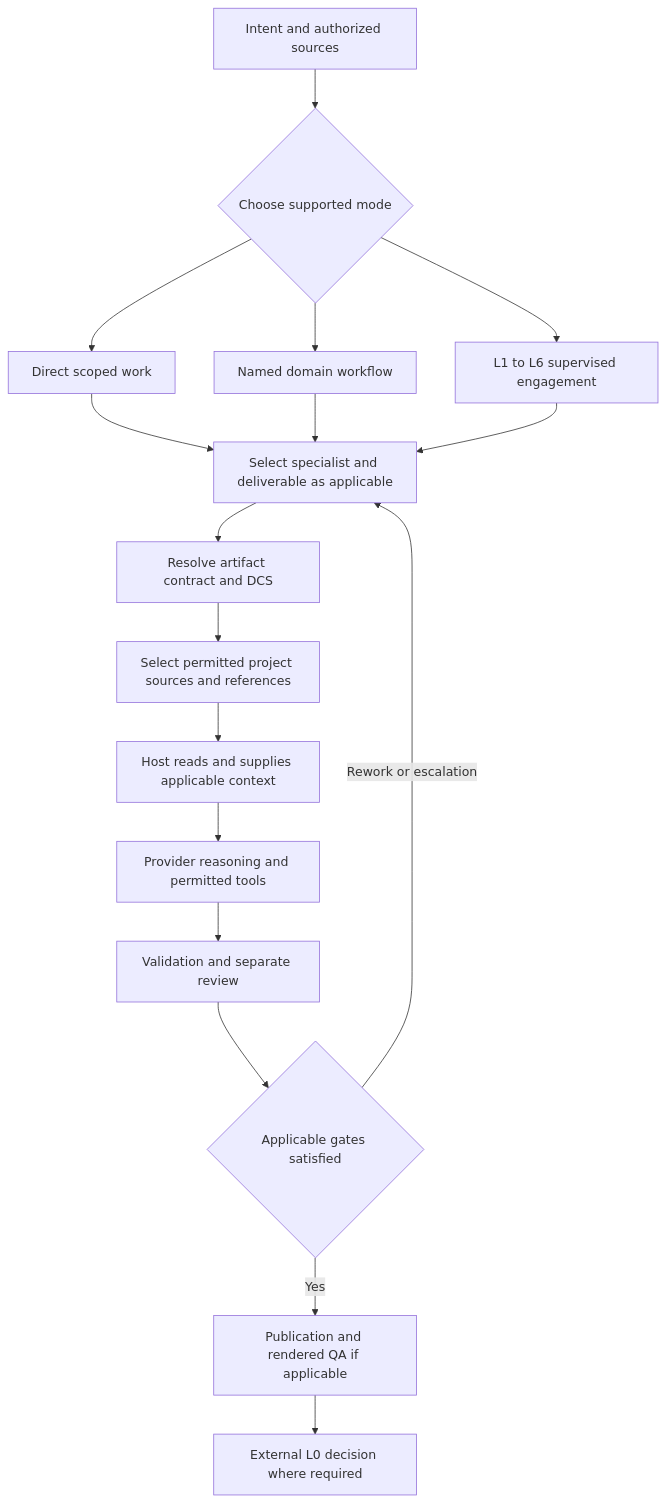
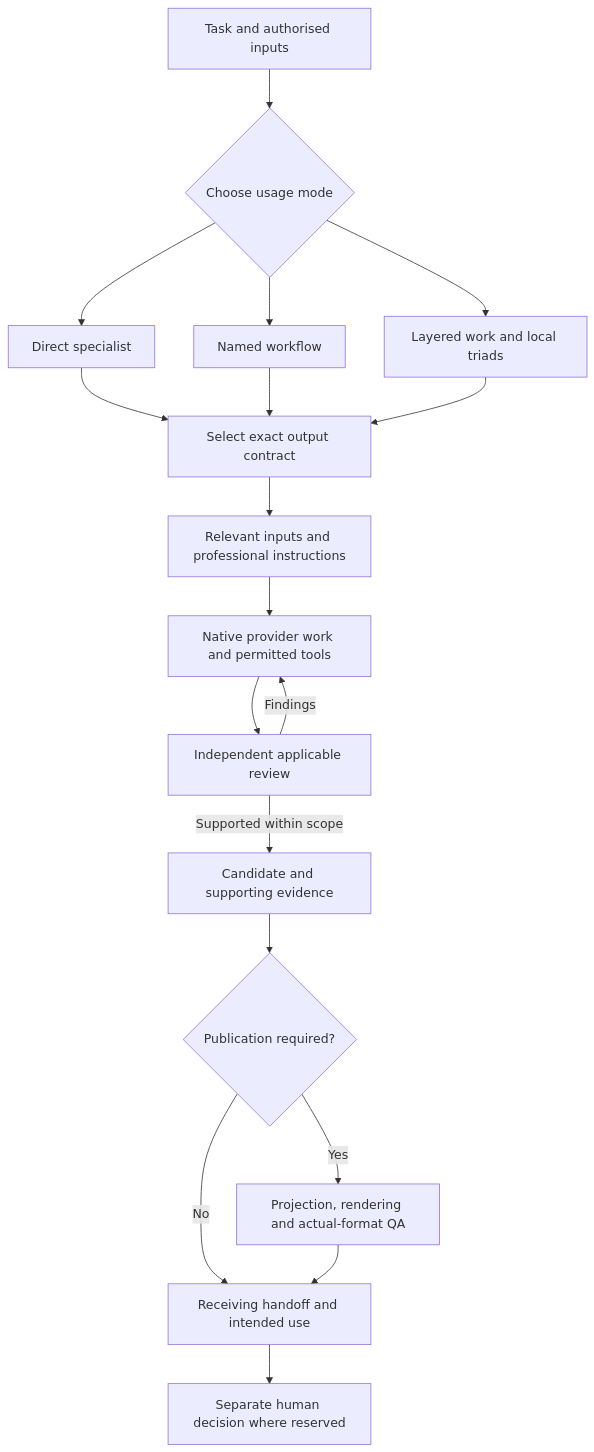
One commit to leogalambos/JAI changed the diagram in docs/overview/execution-context-algorithm.md. Above: the diagram before and after it, drawn with Mermaid. The commit also changed other lines of this file and 2867 other files, not shown here.

First line of the commit message:
Replace the Gen1 evaluator with versioned, scoped justification and SABSA-layered delivery. Preserve native Claude/Codex integration and the full professional catalogue; add     explicit output contracts and updated documentation and release workflows.

````diff
--- a/docs/overview/execution-context-algorithm.md
+++ b/docs/overview/execution-context-algorithm.md
@@ -59,19 +34,20 @@
 ```mermaid
 flowchart TD
-    Intent[Intent and authorized sources] --> Mode{Choose supported mode}
-    Mode --> Direct[Direct scoped work]
-    Mode --> Domain[Named domain workflow]
-    Mode --> Layered[L1 to L6 supervised engagement]
-    Direct --> Product[Select specialist and deliverable as applicable]
-    Domain --> Product
-    Layered --> Product
-    Product --> Spec[Resolve artifact contract and DCS]
-    Spec --> Sources[Select permitted project sources and references]
-    Sources --> Host[Host reads and supplies applicable context]
-    Host --> Work[Provider reasoning and permitted tools]
-    Work --> Review[Validation and separate review]
-    Review --> Decision{Applicable gates satisfied}
-    Decision -->|Rework or escalation| Product
-    Decision -->|Yes| Publish[Publication and rendered QA if applicable]
-    Publish --> Authority[External L0 decision where required]
+    Intent[Task and authorised inputs] --> Mode{Choose usage mode}
+    Mode --> Role[Direct specialist]
+    Mode --> Workflow[Named workflow]
+    Mode --> Matrix[Layered work and local triads]
+    Role --> Contract[Select exact output contract]
+    Workflow --> Contract
+    Matrix --> Contract
+    Contract --> Context[Relevant inputs and professional instructions]
+    Context --> Work[Native provider work and permitted tools]
+    Work --> Review[Independent applicable review]
+    Review -->|Findings| Work
+    Review -->|Supported within scope| Result[Candidate and supporting evidence]
+    Result --> Format{Publication required?}
+    Format -->|Yes| Publication[Projection, rendering and actual-format QA]
+    Format -->|No| Use[Receiving handoff and intended use]
+    Publication --> Use
+    Use --> Authority[Separate human decision where reserved]
 ```
````
